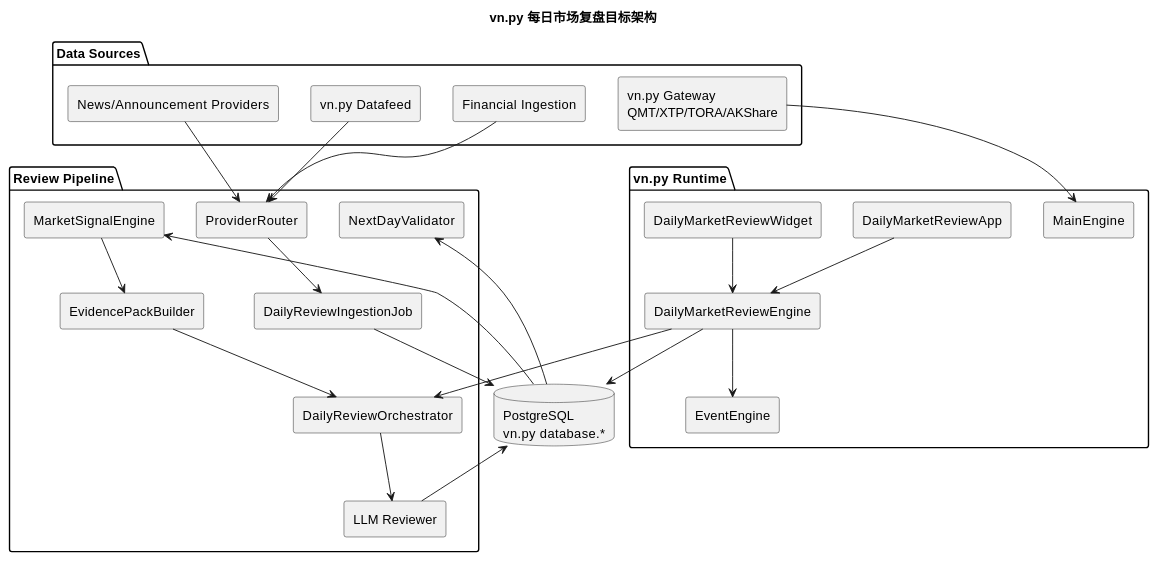
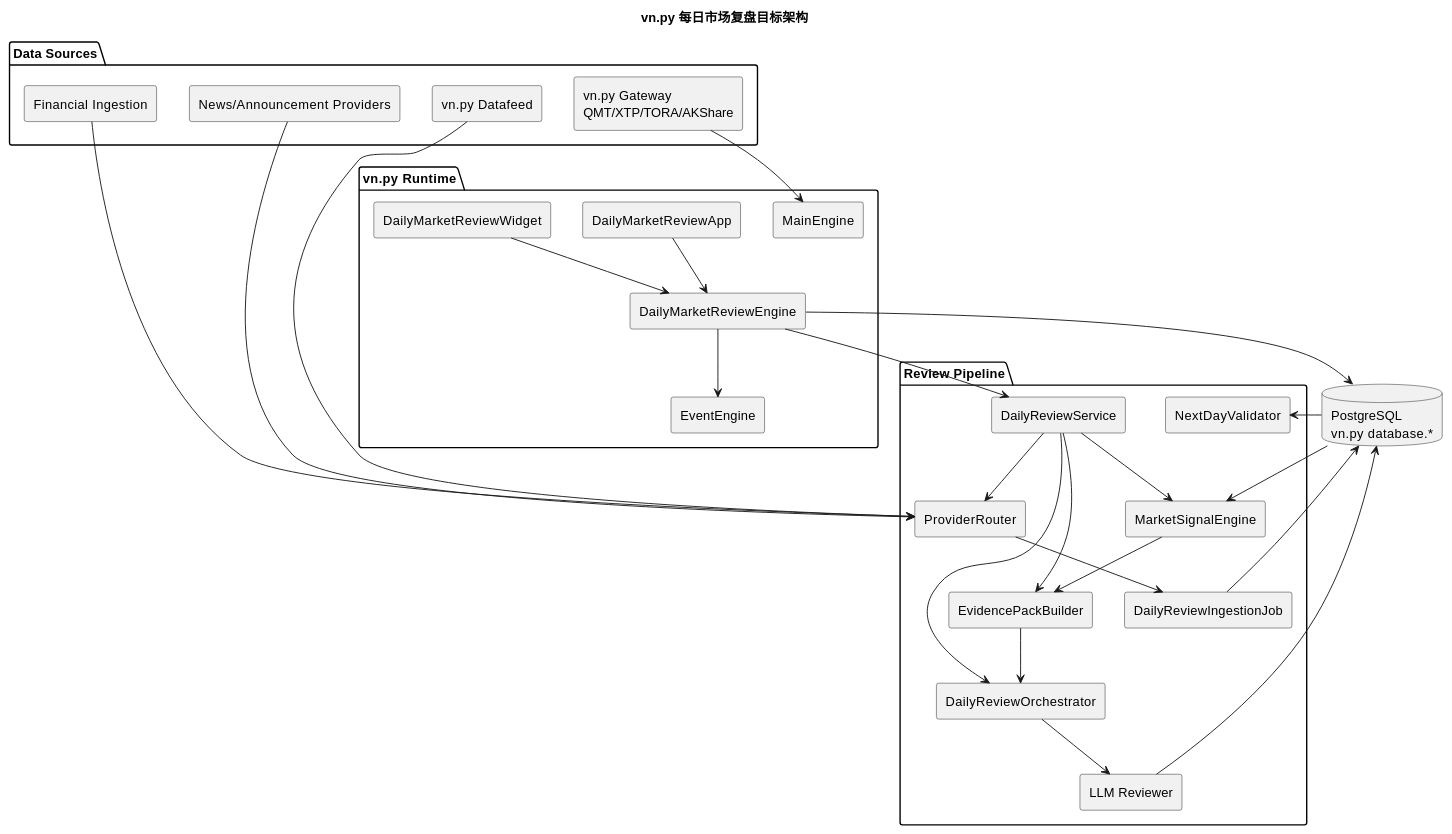
One commit to zhoudirac-C/vnpy changed the diagram in docs/community/info/daily-market-review-ai-technical-plan.md. Above: the diagram before and after it, drawn with PlantUML. The commit also changed other lines of this file and 10 other files, not shown here.

Commit message:
feat: migrate daily review pipeline to vnpy

````diff
--- a/docs/community/info/daily-market-review-ai-technical-plan.md
+++ b/docs/community/info/daily-market-review-ai-technical-plan.md
@@ -51,55 +60,60 @@
 ```plantuml
 @startuml
 title vn.py 每日市场复盘目标架构
 
 skinparam shadowing false
 skinparam componentStyle rectangle
 
 package "vn.py Runtime" {
   [MainEngine] as Main
   [EventEngine] as Event
   [DailyMarketReviewApp] as App
   [DailyMarketReviewEngine] as Engine
   [DailyMarketReviewWidget] as UI
 }
 
 package "Data Sources" {
   [vn.py Gateway\nQMT/XTP/TORA/AKShare] as Gateway
   [vn.py Datafeed] as Datafeed
   [News/Announcement Providers] as News
   [Financial Ingestion] as Financial
 }
 
 database "PostgreSQL\nvn.py database.*" as PG
 
 package "Review Pipeline" {
   [ProviderRouter] as Router
+  [DailyReviewService] as Service
   [DailyReviewIngestionJob] as Ingest
   [MarketSignalEngine] as Signal
   [EvidencePackBuilder] as Evidence
   [DailyReviewOrchestrator] as Orchestrator
   [LLM Reviewer] as LLM
   [NextDayValidator] as Validator
 }
 
 Gateway --> Main
 Datafeed --> Router
 News --> Router
 Financial --> Router
 Router --> Ingest
 Ingest --> PG
 PG --> Signal
 Signal --> Evidence
 Evidence --> Orchestrator
 Orchestrator --> LLM
 LLM --> PG
 PG --> Validator
 
 App --> Engine
 Engine --> Event
 Engine --> PG
 UI --> Engine
-Engine --> Orchestrator
+Engine --> Service
+Service --> Router
+Service --> Signal
+Service --> Evidence
+Service --> Orchestrator
 
 @enduml
 ```
````
